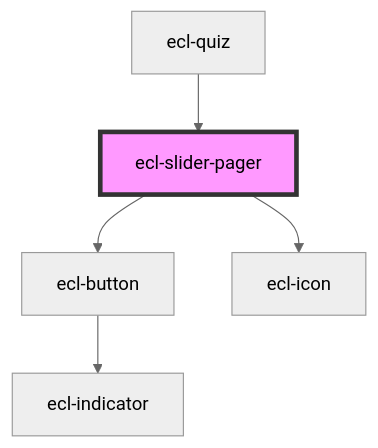
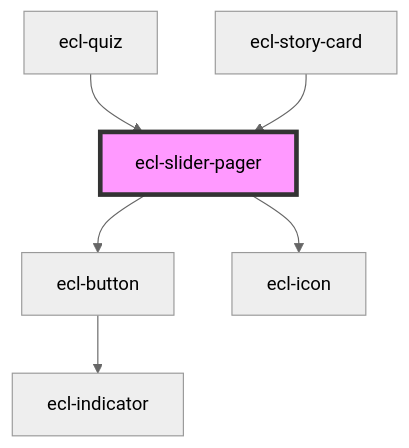
One commit to ec-europa/ecl-webcomponents changed the diagram in src/components/ecl-slider/readme.md. Above: the diagram before and after it, drawn with Mermaid (neutral theme). The commit also changed other lines of this file and 3 other files, not shown here.

Commit message:
feat(ECL-5.3.0): Story cards, using the slider pager

````diff
--- a/src/components/ecl-slider/readme.md
+++ b/src/components/ecl-slider/readme.md
@@ -48,8 +49,9 @@
 ```mermaid
 graph TD;
   ecl-slider-pager --> ecl-button
   ecl-slider-pager --> ecl-icon
   ecl-button --> ecl-indicator
   ecl-quiz --> ecl-slider-pager
+  ecl-story-card --> ecl-slider-pager
   style ecl-slider-pager fill:#f9f,stroke:#333,stroke-width:4px
 ```
````
